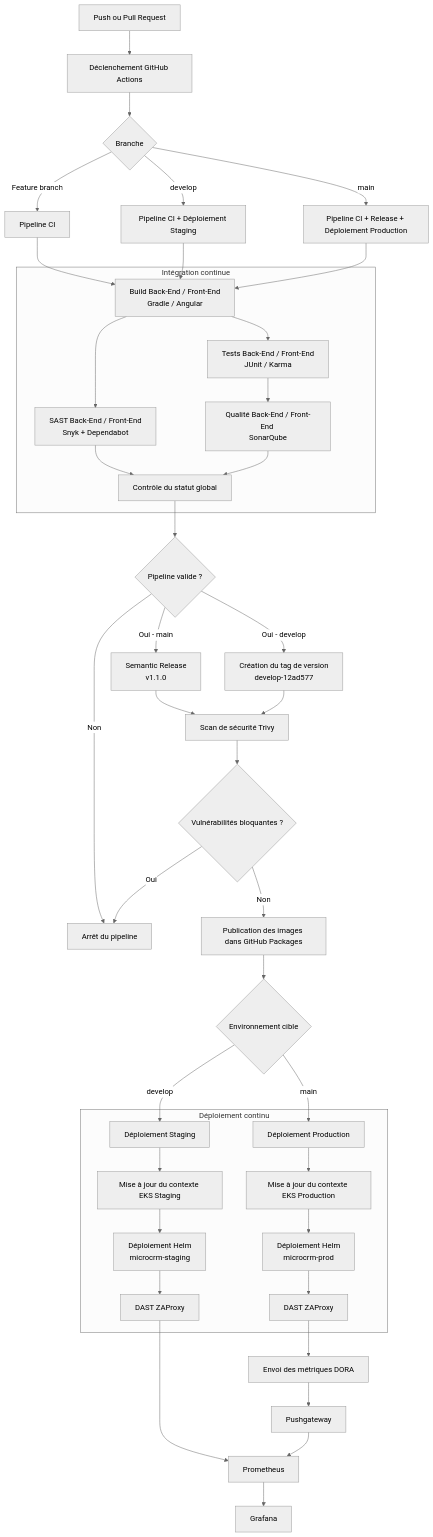
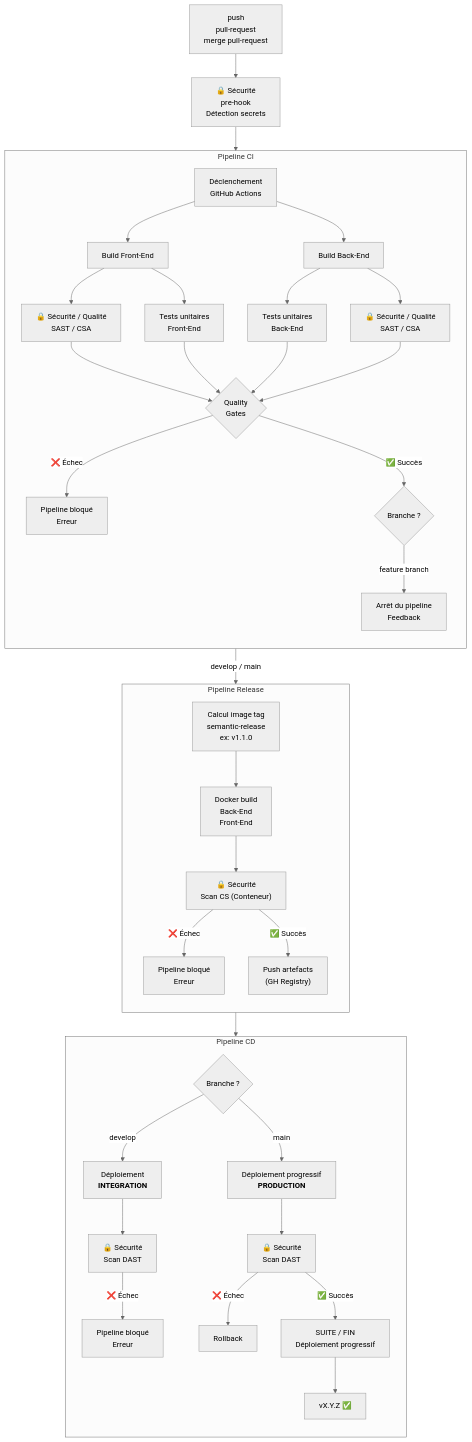
The diagram in docs/pipeline.md (Project9-Organisation/Project9-Integration), drawn with Mermaid (neutral theme) before and after one commit. The commit also changed other lines of this file and 1 other file, not shown here.

Commit message:
chore: Amélioration de la documentation

````diff
--- a/docs/pipeline.md
+++ b/docs/pipeline.md
@@ -8,65 +7,96 @@
 ```mermaid
-flowchart TD
 
-    A[Push ou Pull Request] --> B[Déclenchement GitHub Actions]
+    flowchart TD
 
-    B --> C{Branche}
+    %% =========================
+    %% Déclenchement
+    %% =========================
 
-    C -->|Feature branch| D[Pipeline CI]
-    C -->|develop| E[Pipeline CI + Déploiement Staging]
-    C -->|main| F[Pipeline CI + Release + Déploiement Production]
+    A["push<br/>pull-request<br/>merge pull-request"]
+    --> B["🔒 Sécurité<br/>pre-hook<br/>Détection secrets"]
 
-    subgraph CI["Intégration continue"]
-        D1[Build Back-End / Front-End<br/>Gradle / Angular]
-        D2[Tests Back-End / Front-End <br/>JUnit / Karma]
-        D3[Qualité Back-End / Front-End <br/>SonarQube]
-        D4[SAST Back-End / Front-End<br/>Snyk + Dependabot]
-        D5[Contrôle du statut global]
-        
-        D1 --> D2 
-        D1 --> D4
-        D2 --> D3
-        D4 --> D5        
-        D3 --> D5
+    B --> C["Déclenchement<br/>GitHub Actions"]
+
+
+    %% =========================
+    %% PIPELINE CI
+    %% =========================
+
+    subgraph CI["Pipeline CI"]
+
+        direction TB
+
+        C --> FE["Build Front-End"]
+        C --> BE["Build Back-End"]
+
+        FE --> FES["🔒 Sécurité / Qualité<br/>SAST / CSA"]
+        FE --> FET["Tests unitaires<br/>Front-End"]
+
+        BE --> BET["Tests unitaires<br/>Back-End"]
+        BE --> BES["🔒 Sécurité / Qualité<br/>SAST / CSA"]
+
+        FES --> QG{"Quality<br/>Gates"}
+        FET --> QG
+        BET --> QG
+        BES --> QG
+
+        QG -->|❌ Échec| CIERR["Pipeline bloqué<br/>Erreur"]
+        QG -->|✅ Succès| BRANCH{"Branche ?"}
+
+        BRANCH -->|feature branch| STOP["Arrêt du pipeline<br/>Feedback"]
+    end
+
+
+    %% =========================
+    %% PIPELINE RELEASE
+    %% =========================
+
+    BRANCH -->|develop / main| TAG
+
+    subgraph RELEASE["Pipeline Release"]
+
+        direction TB
+
+        TAG["Calcul image tag<br/>semantic-release<br/>ex: v1.1.0"]
+
+        TAG --> DOCKER["Docker build<br/>Back-End<br/>Front-End"]
+
+        DOCKER --> CS["🔒 Sécurité<br/>Scan CS (Conteneur)"]
+
+        CS -->|❌ Échec| RELERR["Pipeline bloqué<br/>Erreur"]
+
+        CS -->|✅ Succès| PUSH["Push artefacts<br/>(GH Registry)"]
 
     end
 
-    D --> D1    
-    E --> D1
-    F --> D1
 
-    D5 --> G{Pipeline valide ?}
+    %% =========================
+    %% PIPELINE CD
+    %% =========================
 
-    G -->|Non| H[Arrêt du pipeline]
-    G -->|Oui - develop| X[Création du tag de version<br/>develop-12ad577]
-    G -->|Oui - main| J[Semantic Release<br/>v1.1.0]
+    PUSH --> ENV{"Branche ?"}
 
-    J --> L[Scan de sécurité Trivy]
-    X --> L
-    L --> M{Vulnérabilités bloquantes ?}
+    subgraph CD["Pipeline CD"]
 
-    M -->|Oui| H
-    M -->|Non| N[Publication des images dans GitHub Packages]
+        direction TB
 
-    N --> O{Environnement cible}
+        ENV -->|develop| INT["Déploiement<br/><b>INTEGRATION</b>"]
 
-    O -->|develop| P[Déploiement Staging]
-    O -->|main| Q[Déploiement Production]
+        INT --> DAST_INT["🔒 Sécurité<br/>Scan DAST"]
 
-    subgraph CD["Déploiement continu"]
-        P --> P1[Mise à jour du contexte EKS Staging]
-        P1 --> P2[Déploiement Helm<br/>microcrm-staging]
-        P2 --> P3[DAST ZAProxy]
+        DAST_INT -->|❌ Échec| CDERR["Pipeline bloqué<br/>Erreur"]
 
-        Q --> Q1[Mise à jour du contexte EKS Production]
-        Q1 --> Q2[Déploiement Helm<br/>microcrm-prod]
-        Q2 --> Q3[DAST ZAProxy]
+
+        ENV -->|main| PROD["Déploiement progressif<br/><b>PRODUCTION</b>"]
+
+        PROD --> DAST_PROD["🔒 Sécurité<br/>Scan DAST"]
+
+        DAST_PROD -->|❌ Échec| ROLLBACK["Rollback"]
+
+        DAST_PROD -->|✅ Succès| FIN["SUITE / FIN<br/>Déploiement progressif"]
+
+        FIN --> VERSION["vX.Y.Z ✅"]
+
     end
 
-    Q3 --> R[Envoi des métriques DORA]
-    P3 --> T
-
-    R --> S[Pushgateway]
-    S --> T[Prometheus]
-    T --> U[Grafana]
 ```
````
